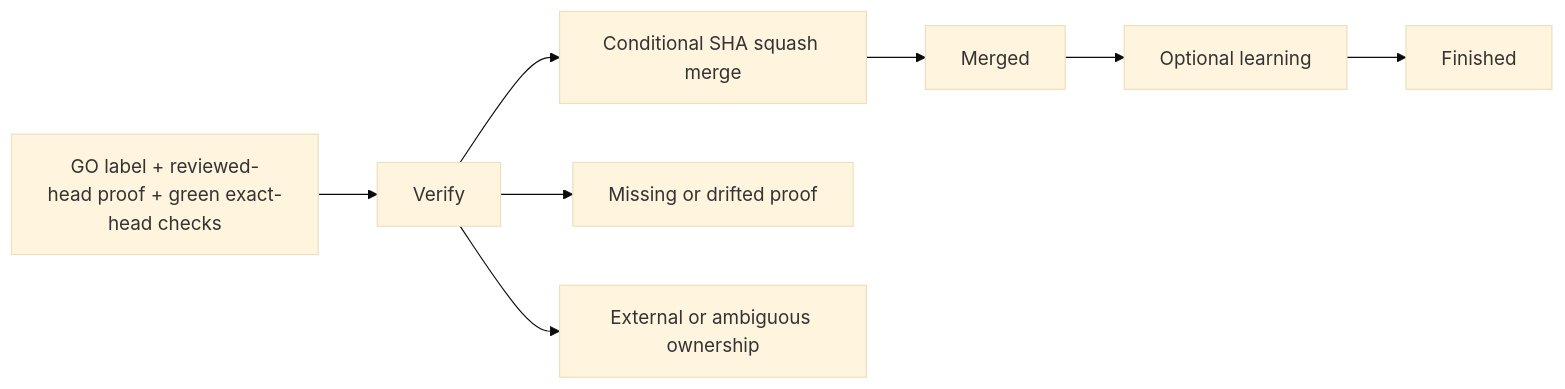
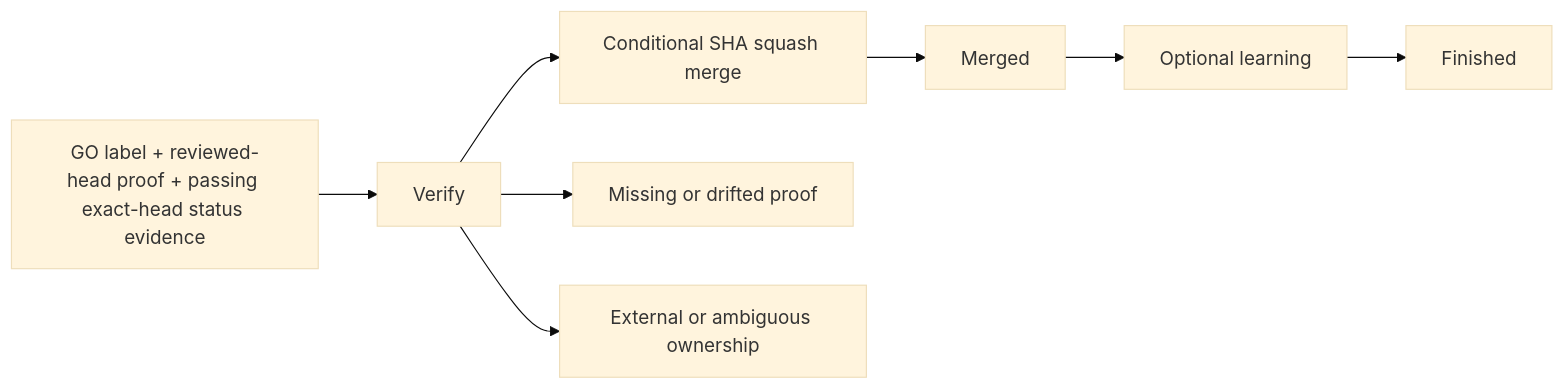
Before and after one commit to HomericIntelligence/Hephaestus: diagram 13 of 16 in docs/architecture.md, drawn with Mermaid (base theme). The commit also changed other lines of this file and 7 other files, not shown here.

Commit message:
docs(automation): define required status evidence

````diff
--- a/docs/architecture.md
+++ b/docs/architecture.md
@@ -1254,8 +1255,8 @@
 ```mermaid
 flowchart LR
-    Approved["GO label + reviewed-head proof + green exact-head checks"] --> Verify
+    Approved["GO label + reviewed-head proof + passing exact-head status evidence"] --> Verify
     Verify --> Merge["Conditional SHA squash merge"]
     Verify --> Review["Missing or drifted proof"]
     Verify --> Operator["External or ambiguous ownership"]
     Merge --> Merged --> Learn["Optional learning"] --> Finished
 ```
````
